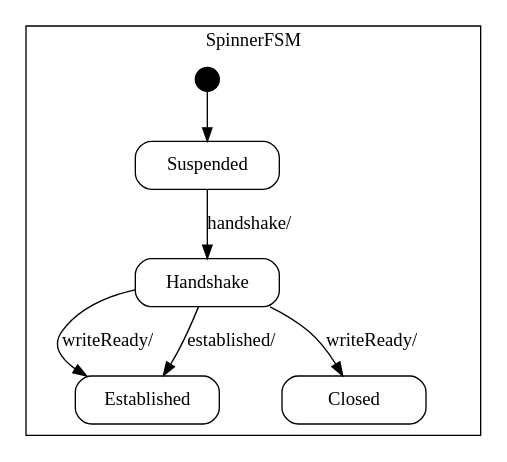
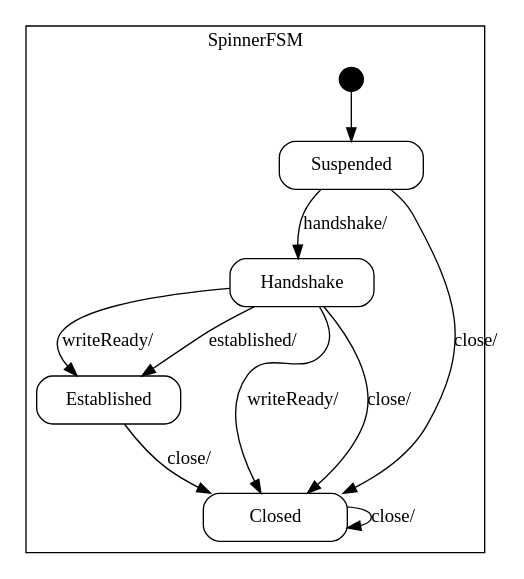
The diagram in producer/doc/Spinner_sm.dot (vmehra-sfdc/Ouroboros), drawn with Graphviz before and after one commit. The commit also changed 38 other files, not shown here.

```diff
--- a/producer/doc/Spinner_sm.dot
+++ b/producer/doc/Spinner_sm.dot
@@ -1,48 +1,60 @@
 digraph Spinner {
 
     node
         [shape=Mrecord width=1.5];
 
     subgraph cluster_SpinnerFSM {
 
         label="SpinnerFSM";
 
         //
         // States (Nodes)
         //
 
         "SpinnerFSM::Suspended"
             [label="{Suspended}"];
 
         "SpinnerFSM::Established"
             [label="{Established}"];
 
         "SpinnerFSM::Handshake"
             [label="{Handshake}"];
 
         "SpinnerFSM::Closed"
             [label="{Closed}"];
 
         "%start"
             [label="" shape=circle style=filled fillcolor=black width=0.25];
 
         //
         // Transitions (Edges)
         //
 
         "SpinnerFSM::Suspended" -> "SpinnerFSM::Handshake"
             [label="handshake/\l"];
 
+        "SpinnerFSM::Suspended" -> "SpinnerFSM::Closed"
+            [label="close/\l"];
+
+        "SpinnerFSM::Established" -> "SpinnerFSM::Closed"
+            [label="close/\l"];
+
         "SpinnerFSM::Handshake" -> "SpinnerFSM::Closed"
             [label="writeReady/\l"];
 
         "SpinnerFSM::Handshake" -> "SpinnerFSM::Established"
             [label="writeReady/\l"];
 
         "SpinnerFSM::Handshake" -> "SpinnerFSM::Established"
             [label="established/\l"];
 
+        "SpinnerFSM::Handshake" -> "SpinnerFSM::Closed"
+            [label="close/\l"];
+
+        "SpinnerFSM::Closed" -> "SpinnerFSM::Closed"
+            [label="close/\l"];
+
         "%start" -> "SpinnerFSM::Suspended"
     }
 
 }
```
